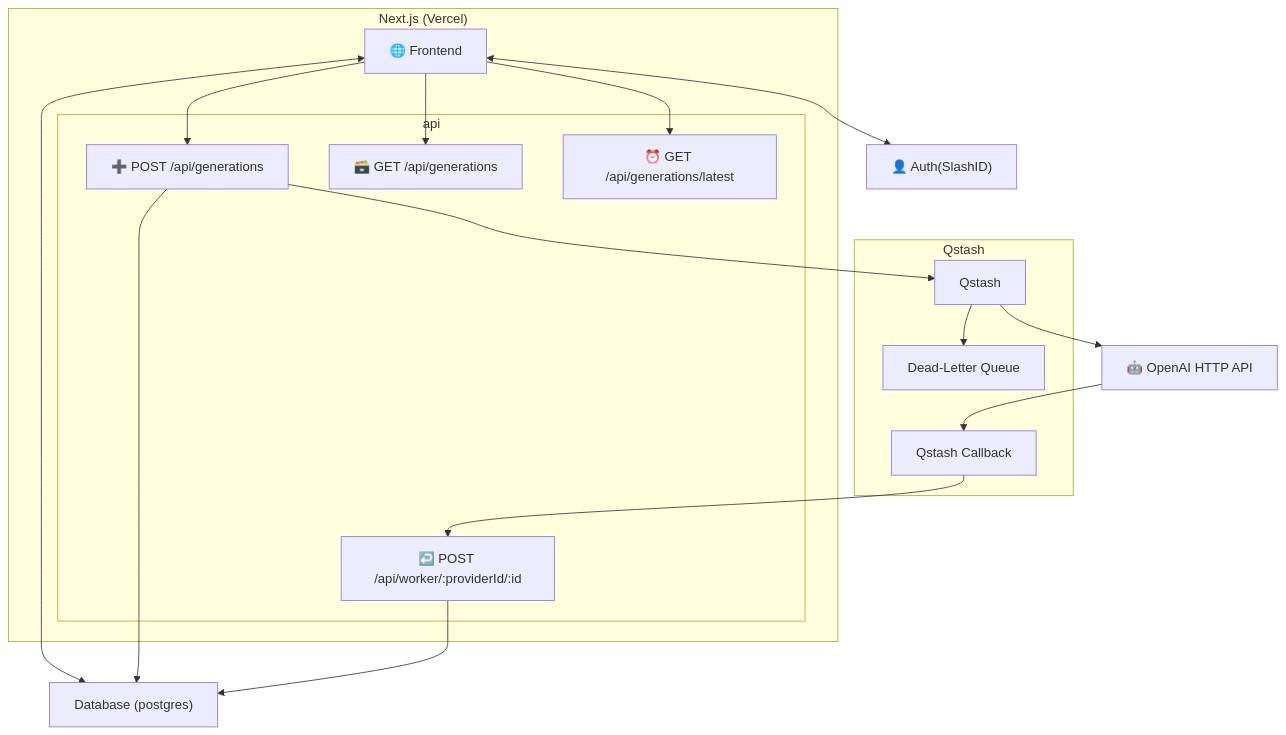
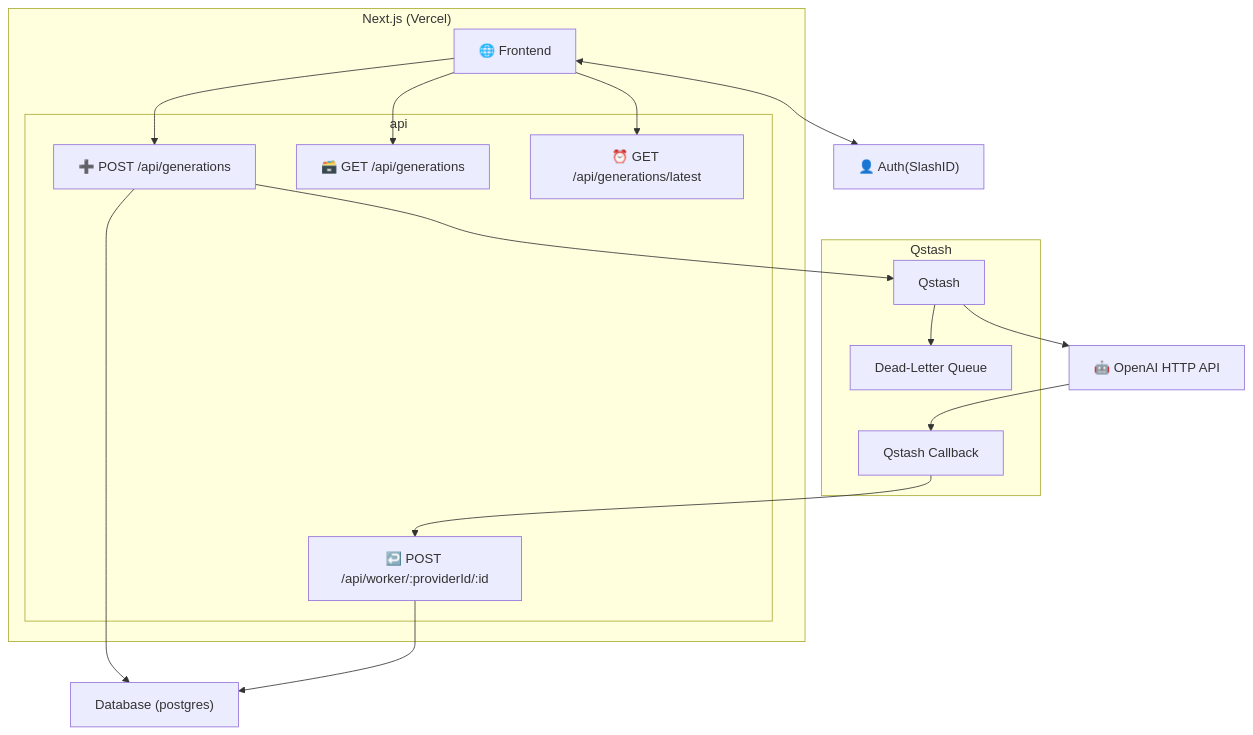
Before and after one commit to rwnx/sourceful-take-home: the diagram in README.md, drawn with Mermaid.

Commit message:
fix diagram in readme

````diff
--- a/README.md
+++ b/README.md
@@ -11,35 +11,34 @@
 ```mermaid
 flowchart TB
     SlashID["👤 Auth(SlashID)"]
     subgraph App["Next.js (Vercel)"]
         frontend["🌐 Frontend"]
         subgraph api["api"]
             create["➕ POST /api/generations"]
             index["🗃️ GET /api/generations"]
             latest["⏰ GET /api/generations/latest"]
             callback["↩️ POST /api/worker/:providerId/:id"]
         end
     end
 
     DB["Database (postgres)"]
     subgraph qstash["Qstash"]
         QS["Qstash"]
         QSCallback["Qstash Callback"]
         DLQ["Dead-Letter Queue"]
     end
 
     OAI["🤖 OpenAI HTTP API"]
     frontend <--> SlashID
     frontend --> create
     frontend --> latest
     frontend --> index
-    frontend <--> DB
     create --> DB
 
     create --> QS
     QS --> OAI
     QS --> DLQ
     OAI --> QSCallback
     QSCallback --> callback
     callback --> DB
 ```
````
